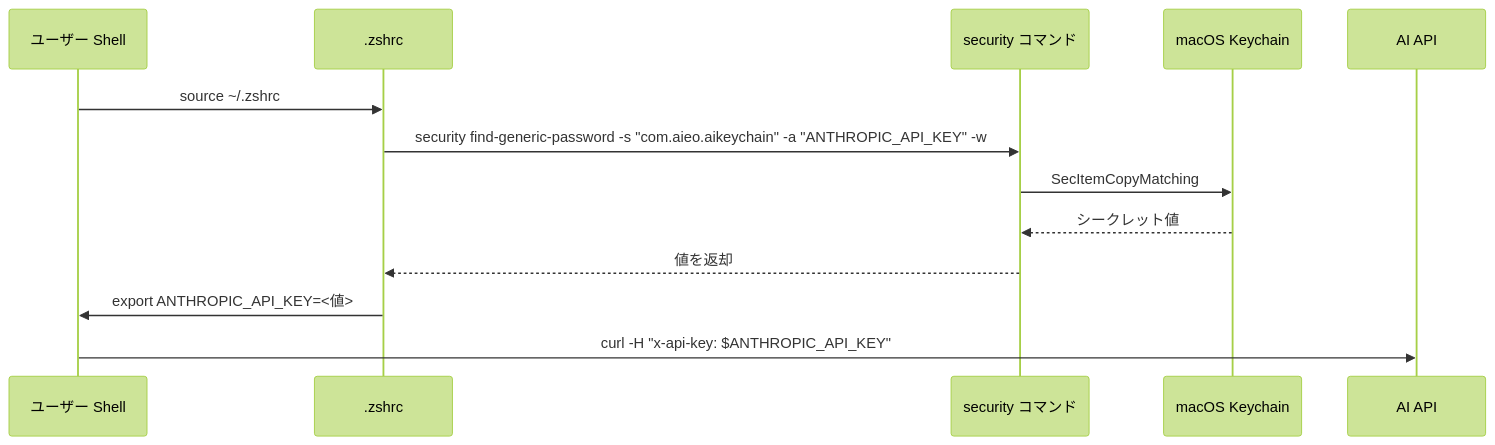
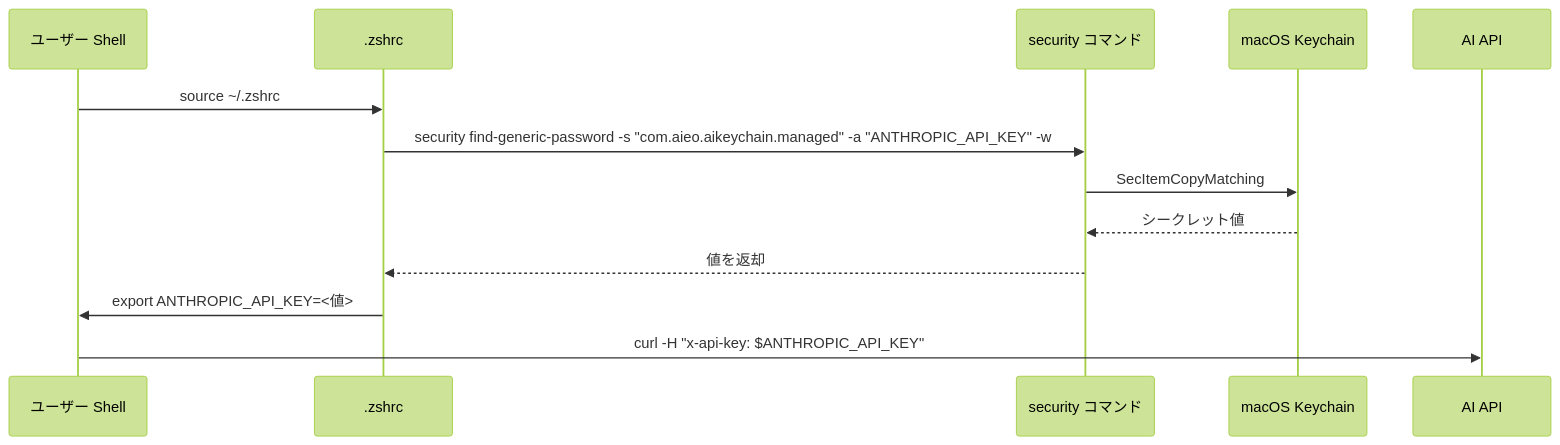
Before and after one commit to aieo-product/AIkeychain: the second of 6 diagrams in docs/design/architecture.md, drawn with Mermaid (forest theme). The commit also changed other lines of this file and 10 other files, not shown here.

````diff
--- a/docs/design/architecture.md
+++ b/docs/design/architecture.md
@@ -85,16 +85,16 @@
 ```mermaid
 sequenceDiagram
     participant Shell as ユーザー Shell
     participant Zshrc as .zshrc
     participant Security as security コマンド
     participant Keychain as macOS Keychain
     participant API as AI API
 
     Shell->>Zshrc: source ~/.zshrc
-    Zshrc->>Security: security find-generic-password -s "com.aieo.aikeychain" -a "ANTHROPIC_API_KEY" -w
+    Zshrc->>Security: security find-generic-password -s "com.aieo.aikeychain.managed" -a "ANTHROPIC_API_KEY" -w
     Security->>Keychain: SecItemCopyMatching
     Keychain-->>Security: シークレット値
     Security-->>Zshrc: 値を返却
     Zshrc->>Shell: export ANTHROPIC_API_KEY=<値>
     Shell->>API: curl -H "x-api-key: $ANTHROPIC_API_KEY"
 ```
````
